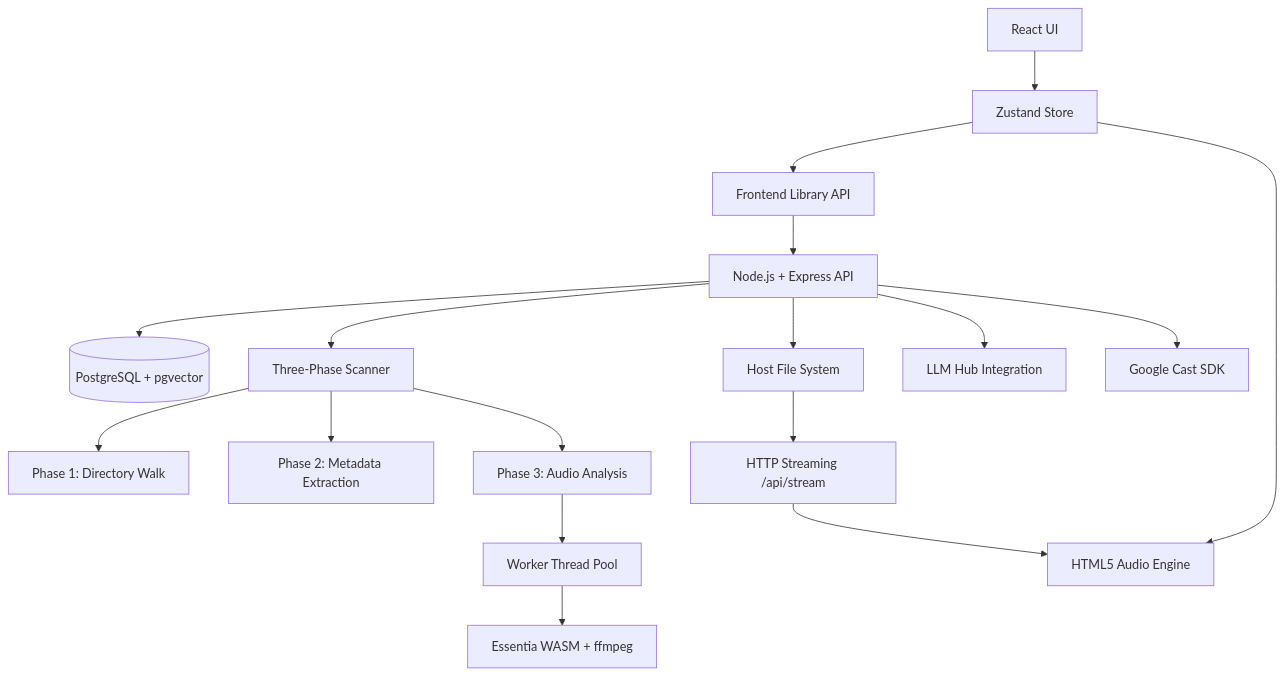
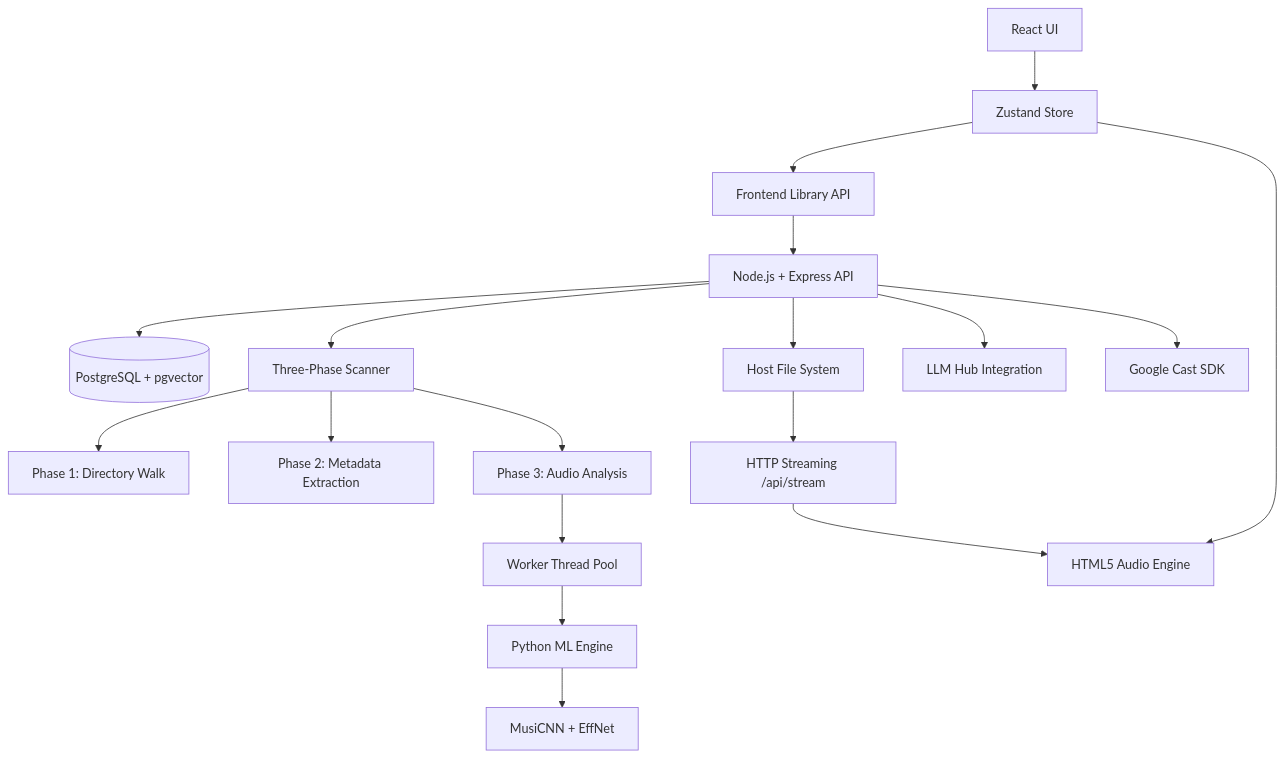
The diagram in docs/architecture_overview.md (destroptor-spec/NorthernLights), drawn with Mermaid before and after one commit. The commit also changed other lines of this file and 25 other files, not shown here.

````diff
--- a/docs/architecture_overview.md
+++ b/docs/architecture_overview.md
@@ -3,19 +3,20 @@
 ```mermaid
 graph TD
     UI[React UI] --> Store[Zustand Store]
     Store --> FE_API[Frontend Library API]
     FE_API --> BE_API[Node.js + Express API]
     BE_API --> PostgreSQL[(PostgreSQL + pgvector)]
     BE_API --> FS[Host File System]
     BE_API --> Scanner[Three-Phase Scanner]
     Scanner --> Walk[Phase 1: Directory Walk]
     Scanner --> Metadata[Phase 2: Metadata Extraction]
     Scanner --> Analysis[Phase 3: Audio Analysis]
     Analysis --> Workers[Worker Thread Pool]
-    Workers --> Essentia[Essentia WASM + ffmpeg]
+    Workers --> Python[Python ML Engine]
+    Python --> ML[MusiCNN + EffNet]
     FS --> Stream[HTTP Streaming /api/stream]
     Stream --> Audio[HTML5 Audio Engine]
     Store --> Audio
     BE_API --> LLM[LLM Hub Integration]
     BE_API --> Chromecast[Google Cast SDK]
 ```
````
